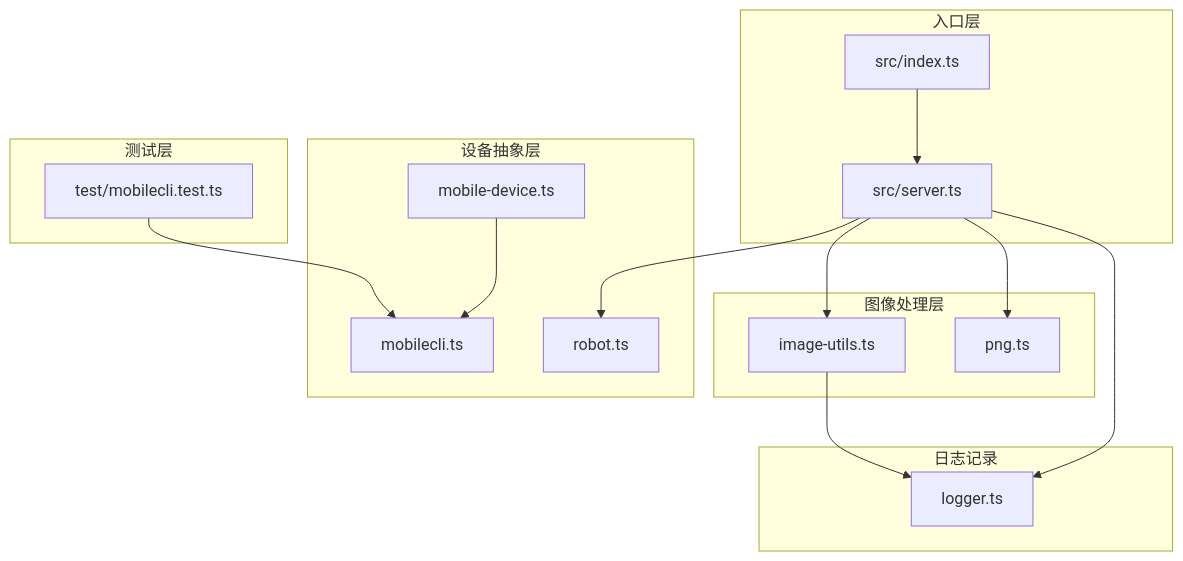
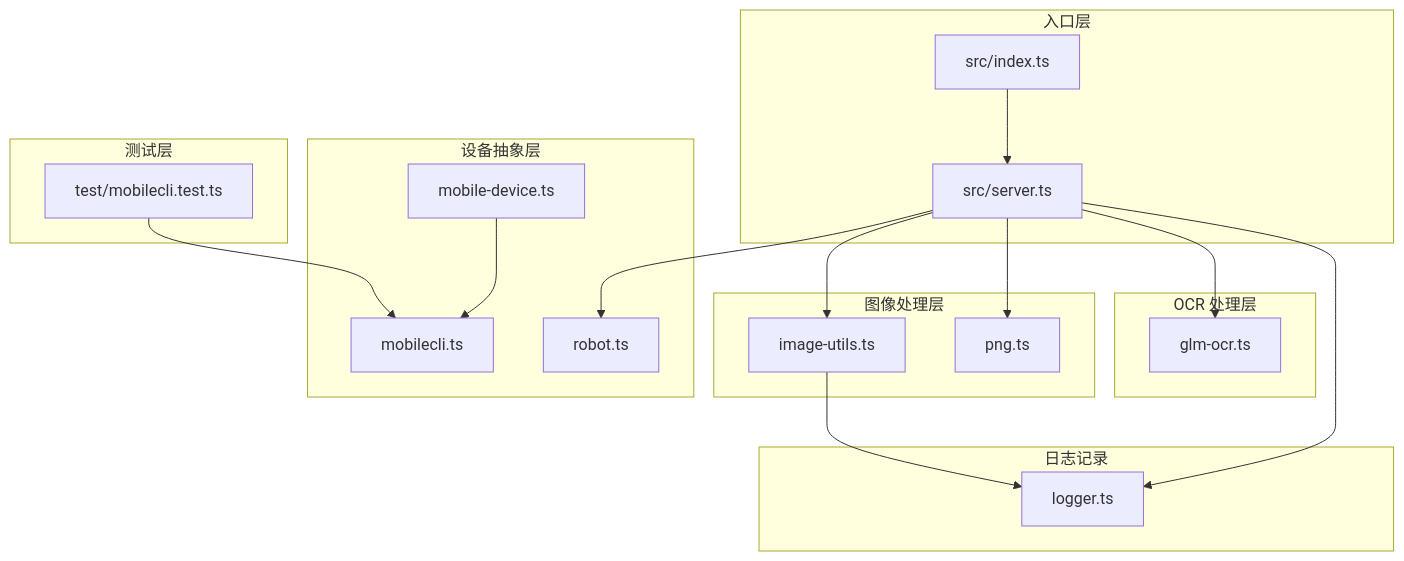
The first of 12 diagrams in .qoder/repowiki/zh/content/MCP 工具参考/屏幕交互工具/屏幕交互工具.md (zedomi/mobile-mcp-hmos), drawn with Mermaid before and after one commit. The commit also changed other lines of this file and 3 other files, not shown here.

````diff
--- a/.qoder/repowiki/zh/content/MCP 工具参考/屏幕交互工具/屏幕交互工具.md
+++ b/.qoder/repowiki/zh/content/MCP 工具参考/屏幕交互工具/屏幕交互工具.md
@@ -42,30 +51,34 @@
 ```mermaid
 graph TB
 subgraph "入口层"
 Index[src/index.ts]
 Server[src/server.ts]
 end
 subgraph "设备抽象层"
 Robot[robot.ts]
 MobileDevice[mobile-device.ts]
 Mobilecli[mobilecli.ts]
 end
 subgraph "图像处理层"
 ImageUtils[image-utils.ts]
 PNG[png.ts]
 end
+subgraph "OCR 处理层"
+GlmOcr[glm-ocr.ts]
+end
 subgraph "日志记录"
 Logger[logger.ts]
 end
 subgraph "测试层"
 Test[test/mobilecli.test.ts]
 end
 Index --> Server
 Server --> Robot
 Server --> ImageUtils
 Server --> PNG
+Server --> GlmOcr
 MobileDevice --> Mobilecli
 ImageUtils --> Logger
 Server --> Logger
 Test --> Mobilecli
 ```
````
